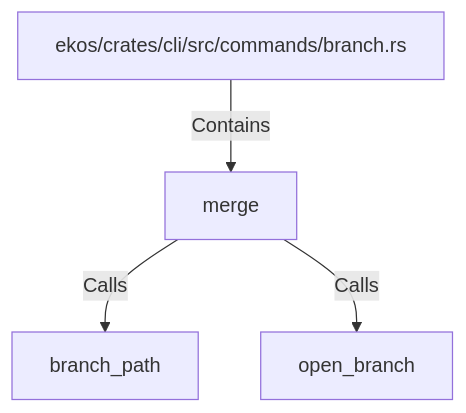
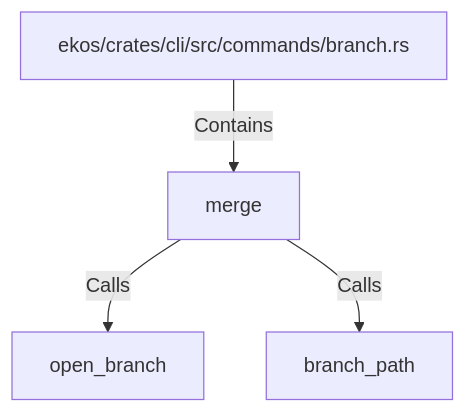
The diagram in doc/entities/rustsymbol/me/merge.md (alexeyban/EKOS), drawn with Mermaid before and after one commit. The commit also changed other lines of this file and 552 other files, not shown here.

````diff
--- a/doc/entities/rustsymbol/me/merge.md
+++ b/doc/entities/rustsymbol/me/merge.md
@@ -22,10 +22,10 @@
 ```mermaid
 graph TD
     n419d1f8f21a4549e9c0fd83a9c18265c["merge"]
     n8ae8543cebb4545ab5fe5735e3953e88["ekos/crates/cli/src/commands/branch.rs"]
     n8ae8543cebb4545ab5fe5735e3953e88 -->|Contains| n419d1f8f21a4549e9c0fd83a9c18265c
+    nbc49dd2ce377511cb06c9550959f7e15["open_branch"]
+    n419d1f8f21a4549e9c0fd83a9c18265c -->|Calls| nbc49dd2ce377511cb06c9550959f7e15
     n9275fae1e6525cb3a56cd0e45a28067e["branch_path"]
     n419d1f8f21a4549e9c0fd83a9c18265c -->|Calls| n9275fae1e6525cb3a56cd0e45a28067e
-    nbc49dd2ce377511cb06c9550959f7e15["open_branch"]
-    n419d1f8f21a4549e9c0fd83a9c18265c -->|Calls| nbc49dd2ce377511cb06c9550959f7e15
 ```
````
